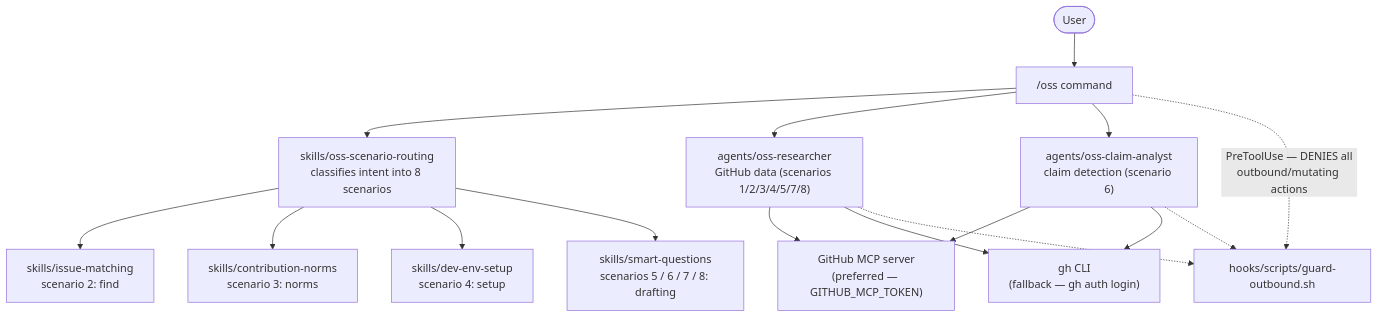
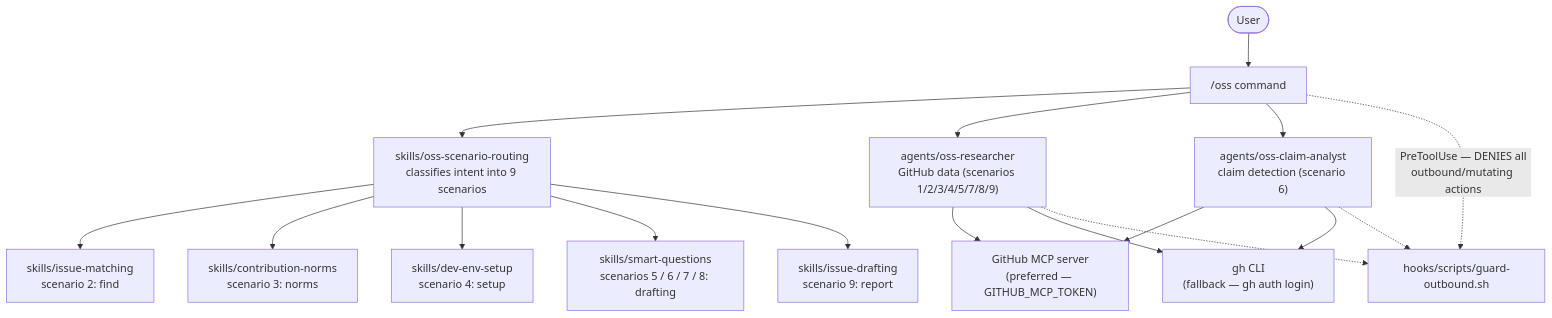
One commit to josix/agentic-contributor changed the diagram in docs/index.md. Above: the diagram before and after it, drawn with Mermaid. The commit also changed other lines of this file and 17 other files, not shown here.

First line of the commit message:
feat: add report scenario for evidence-backed new-issue drafting (v0.3.0)

````diff
--- a/docs/index.md
+++ b/docs/index.md
@@ -13,23 +13,24 @@
 ```mermaid
 flowchart TD
     U([User]) --> OSS["/oss command"]
 
-    OSS --> SR["skills/oss-scenario-routing<br/>classifies intent into 8 scenarios"]
+    OSS --> SR["skills/oss-scenario-routing<br/>classifies intent into 9 scenarios"]
 
     SR --> IM["skills/issue-matching<br/>scenario 2: find"]
     SR --> CN["skills/contribution-norms<br/>scenario 3: norms"]
     SR --> DE["skills/dev-env-setup<br/>scenario 4: setup"]
     SR --> SQ["skills/smart-questions<br/>scenarios 5 / 6 / 7 / 8: drafting"]
+    SR --> ID["skills/issue-drafting<br/>scenario 9: report"]
 
-    OSS --> RES["agents/oss-researcher<br/>GitHub data (scenarios 1/2/3/4/5/7/8)"]
+    OSS --> RES["agents/oss-researcher<br/>GitHub data (scenarios 1/2/3/4/5/7/8/9)"]
     OSS --> CA["agents/oss-claim-analyst<br/>claim detection (scenario 6)"]
 
     RES --> MCP["GitHub MCP server<br/>(preferred — GITHUB_MCP_TOKEN)"]
     RES --> GH["gh CLI<br/>(fallback — gh auth login)"]
     CA --> MCP
     CA --> GH
 
     OSS -.->|PreToolUse — DENIES all<br/>outbound/mutating actions| GRD["hooks/scripts/guard-outbound.sh"]
     RES -.-> GRD
     CA -.-> GRD
 ```
````
